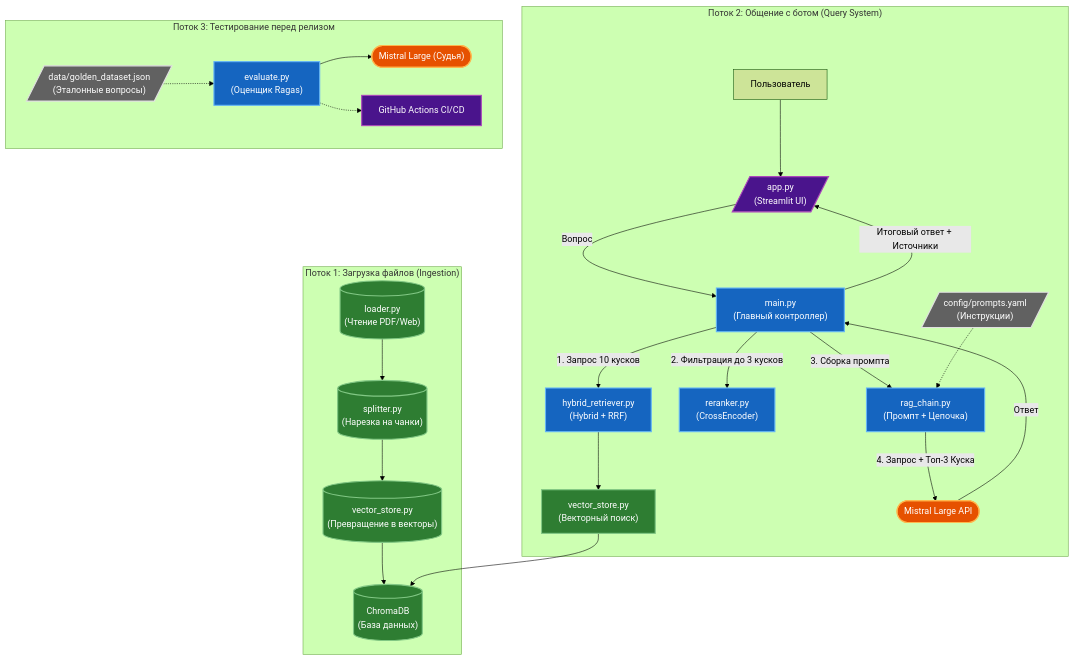
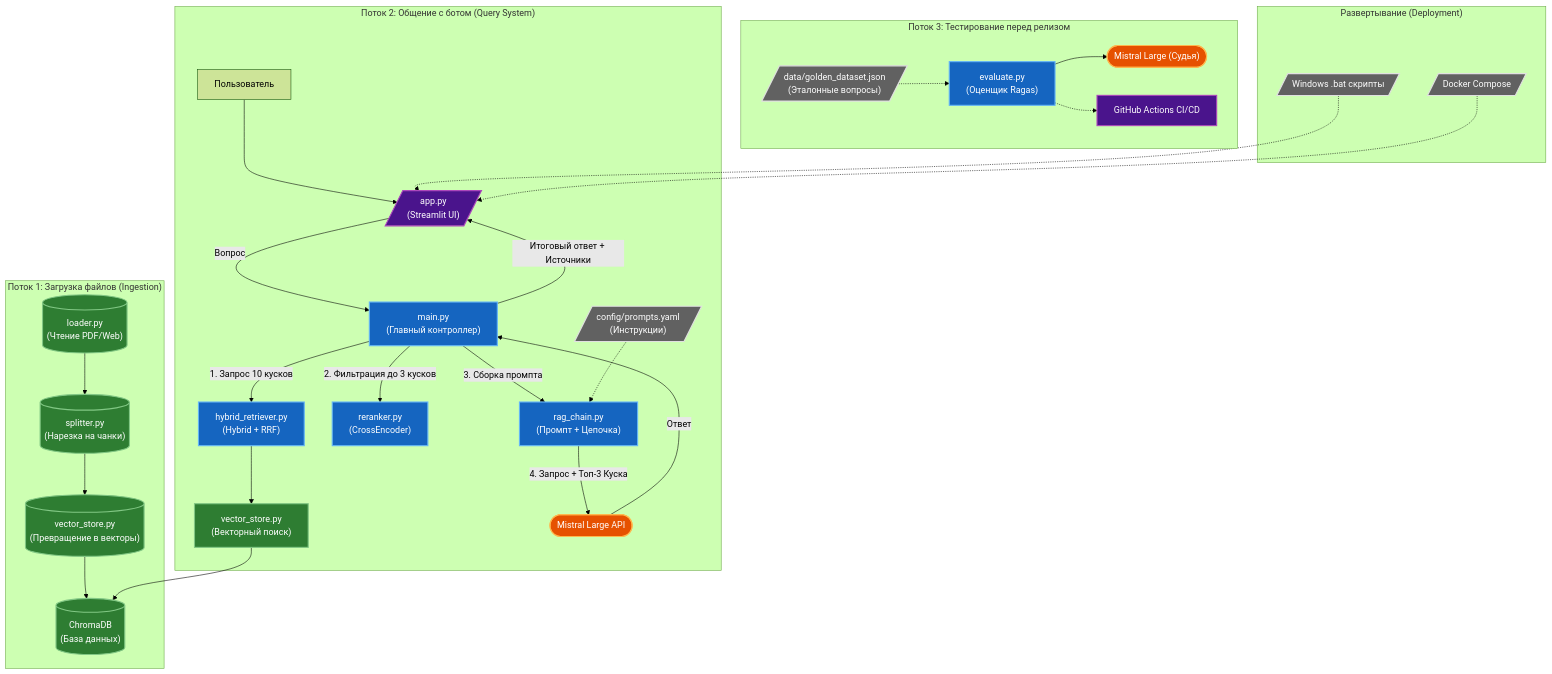
Before and after one commit to vsanyanov-ux/Corporate-Bot: the diagram in README.md, drawn with Mermaid (forest theme).

Commit message:
docs: update mermaid diagram with deployment info

````diff
--- a/README.md
+++ b/README.md
@@ -108,41 +108,47 @@
 ```mermaid
 graph TD
     %% Define Styles
     classDef ui fill:#4a148c,stroke:#ab47bc,stroke-width:2px,color:#fff;
     classDef core fill:#1565c0,stroke:#64b5f6,stroke-width:2px,color:#fff;
     classDef data fill:#2e7d32,stroke:#81c784,stroke-width:2px,color:#fff;
     classDef llm fill:#e65100,stroke:#ffb74d,stroke-width:2px,color:#fff;
     classDef config fill:#616161,stroke:#e0e0e0,stroke-width:2px,color:#fff;
 
     subgraph "Поток 1: Загрузка файлов (Ingestion)"
         loader[("loader.py\n(Чтение PDF/Web)")]:::data --> splitter[("splitter.py\n(Нарезка на чанки)")]:::data
         splitter --> vs_add[("vector_store.py\n(Превращение в векторы)")]:::data
         vs_add --> chroma[("ChromaDB\n(База данных)")]:::data
     end
 
     subgraph "Поток 2: Общение с ботом (Query System)"
         user["Пользователь"] --> app[/"app.py\n(Streamlit UI)"/]:::ui
         app -- Вопрос --> main["main.py\n(Главный контроллер)"]:::core
         
         main -- 1. Запрос 10 кусков --> hybrid["hybrid_retriever.py\n(Hybrid + RRF)"]:::core
         hybrid --> vs_read["vector_store.py\n(Векторный поиск)"]:::data
         vs_read --> chroma
         
         main -- 2. Фильтрация до 3 кусков --> reranker["reranker.py\n(CrossEncoder)"]:::core
         
         main -- 3. Сборка промпта --> ragchain["rag_chain.py\n(Промпт + Цепочка)"]:::core
         
         prompts[/"config/prompts.yaml\n(Инструкции)"/]:::config -.-> ragchain
         
         ragchain -- 4. Запрос + Топ-3 Куска --> llm_api(["Mistral Large API"]):::llm
         llm_api -- Ответ --> main
         main -- Итоговый ответ + Источники --> app
     end
     
     %% Evaluation Pipeline
     subgraph "Поток 3: Тестирование перед релизом"
         golden[/"data/golden_dataset.json\n(Эталонные вопросы)"/]:::config -.-> eval["evaluate.py\n(Оценщик Ragas)"]:::core
         eval --> mistral_judge(["Mistral Large (Судья)"]):::llm
         eval -.-> github["GitHub Actions CI/CD"]:::ui
     end
+
+    %% Deployment Methods
+    subgraph "Развертывание (Deployment)"
+        bat[/"Windows .bat скрипты"/]:::config -.-> app
+        docker[/"Docker Compose"/]:::config -.-> app
+    end
 ```
````
